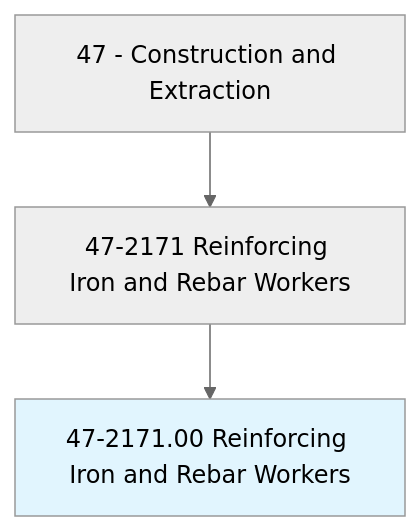
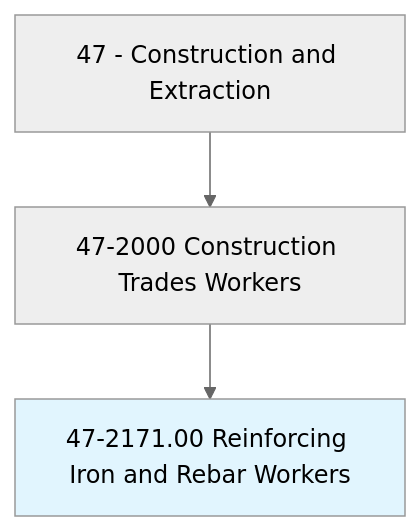
One commit to kziemski/business.org.ai changed the first of 4 diagrams in occupations/Construction/ReinforcingIronAndRebarWorkers.mdx. Above: the diagram before and after it, drawn with Mermaid (neutral theme). The commit also changed other lines of this file and 938 other files, not shown here.

````diff
--- a/occupations/Construction/ReinforcingIronAndRebarWorkers.mdx
+++ b/occupations/Construction/ReinforcingIronAndRebarWorkers.mdx
@@ -19,6 +23,6 @@
 ```mermaid
 graph TD
-    Cat47["47 - Construction and Extraction"] --> Group472171["47-2171 Reinforcing Iron and Rebar Workers"]
-    Group472171 --> Current["47-2171.00 Reinforcing Iron and Rebar Workers"]
+    Cat47["47 - Construction and Extraction"] --> Group472["47-2000 Construction Trades Workers"]
+    Group472 --> Current["47-2171.00 Reinforcing Iron and Rebar Workers"]
     style Current fill:#e1f5fe
 ```
````
